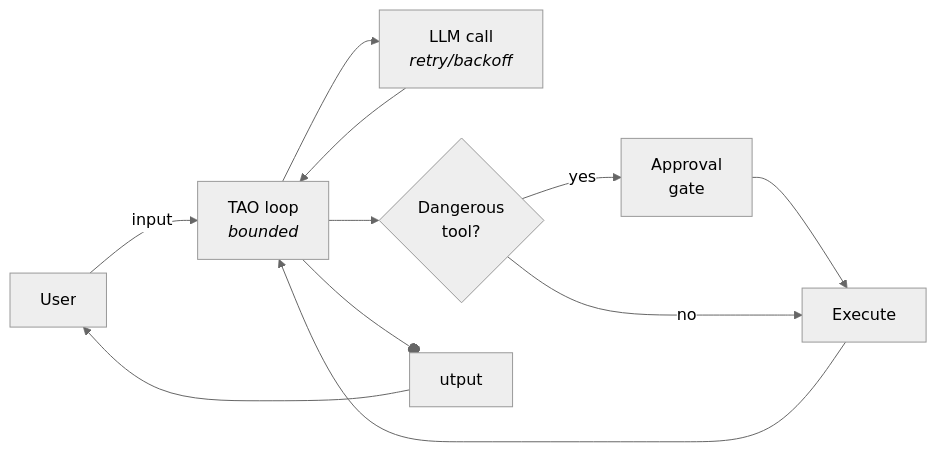
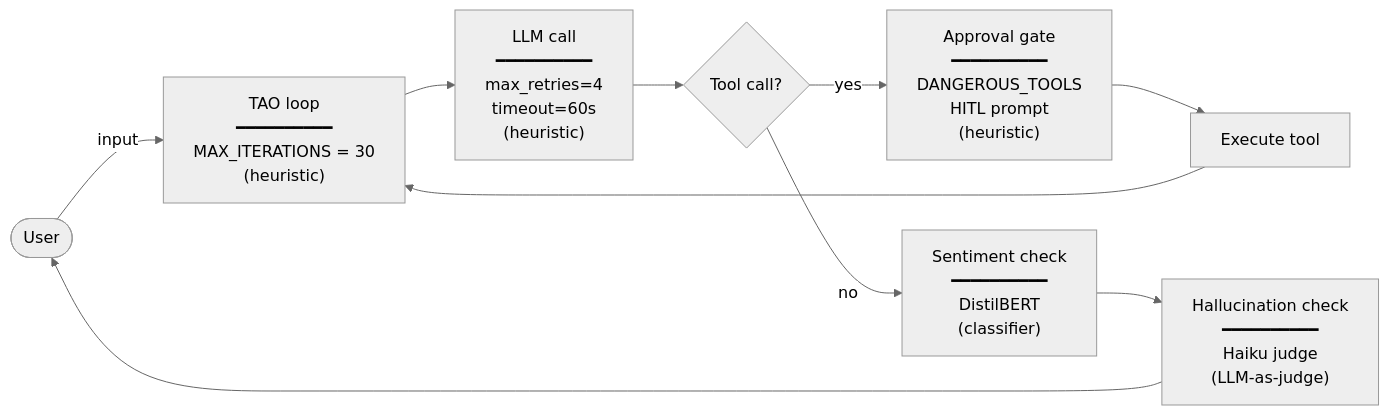
One commit to averagejoeslab/building-agents changed the diagram in modules/07-add-guardrails/README.md. Above: the diagram before and after it, drawn with Mermaid (neutral theme). The commit also changed other lines of this file and 2 other files, not shown here.

````diff
--- a/modules/07-add-guardrails/README.md
+++ b/modules/07-add-guardrails/README.md
@@ -15,12 +359,19 @@
 ```mermaid
 flowchart LR
-    User[User] --input--> Loop[TAO loop<br/><i>bounded</i>]
-    Loop --> LLM[LLM call<br/><i>retry/backoff</i>]
-    LLM --> Loop
-    Loop --> Gate{Dangerous<br/>tool?}
-    Gate -- yes --> Approve[Approval<br/>gate]
-    Approve --> Tool[Execute]
-    Gate -- no --> Tool
-    Tool --> Loop
-    Loop --output--> User
+    User([User])
+    User -- input --> Loop
+
+    Loop["TAO loop<br/>━━━━━━━━━━<br/>MAX_ITERATIONS = 30<br/>(heuristic)"]
+    Loop --> LLM
+
+    LLM["LLM call<br/>━━━━━━━━━━<br/>max_retries=4<br/>timeout=60s<br/>(heuristic)"]
+    LLM --> Branch{Tool call?}
+
+    Branch -- yes --> Approve["Approval gate<br/>━━━━━━━━━━<br/>DANGEROUS_TOOLS<br/>HITL prompt<br/>(heuristic)"]
+    Approve --> Exec[Execute tool]
+    Exec --> Loop
+
+    Branch -- no --> Sentiment["Sentiment check<br/>━━━━━━━━━━<br/>DistilBERT<br/>(classifier)"]
+    Sentiment --> Hall["Hallucination check<br/>━━━━━━━━━━<br/>Haiku judge<br/>(LLM-as-judge)"]
+    Hall --> User
 ```
````
